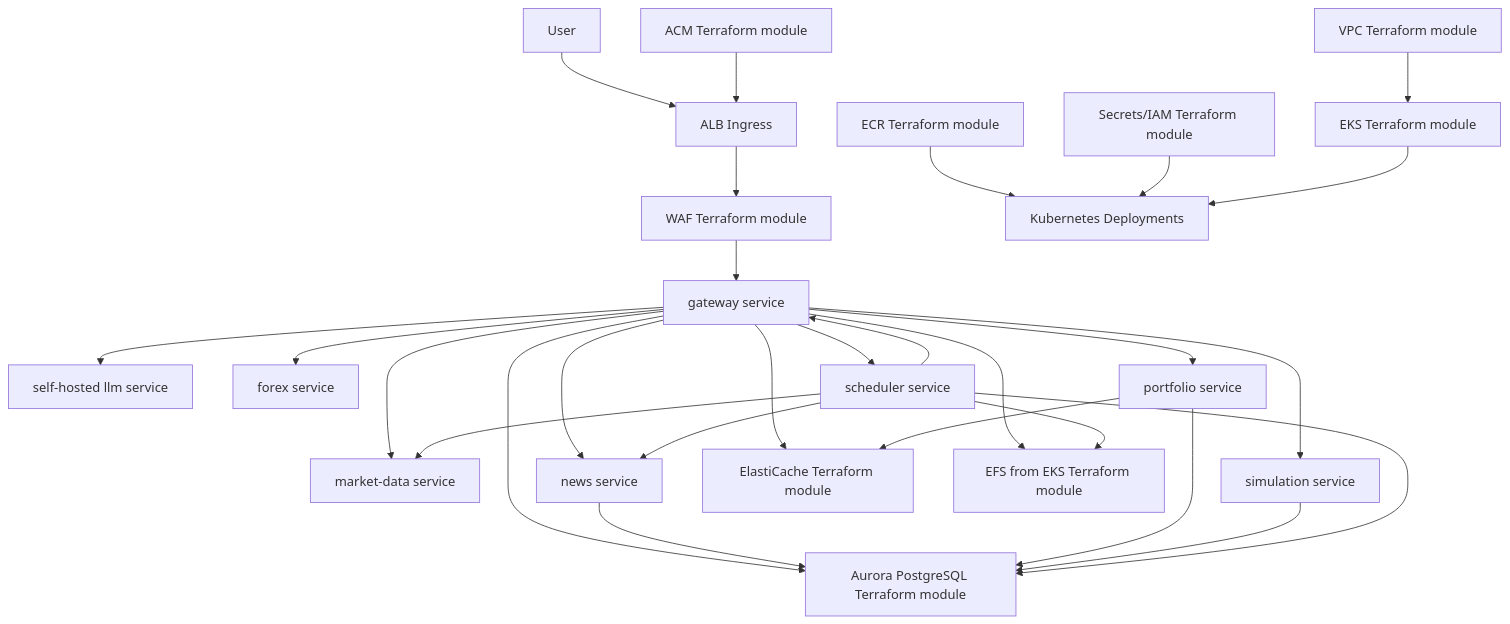
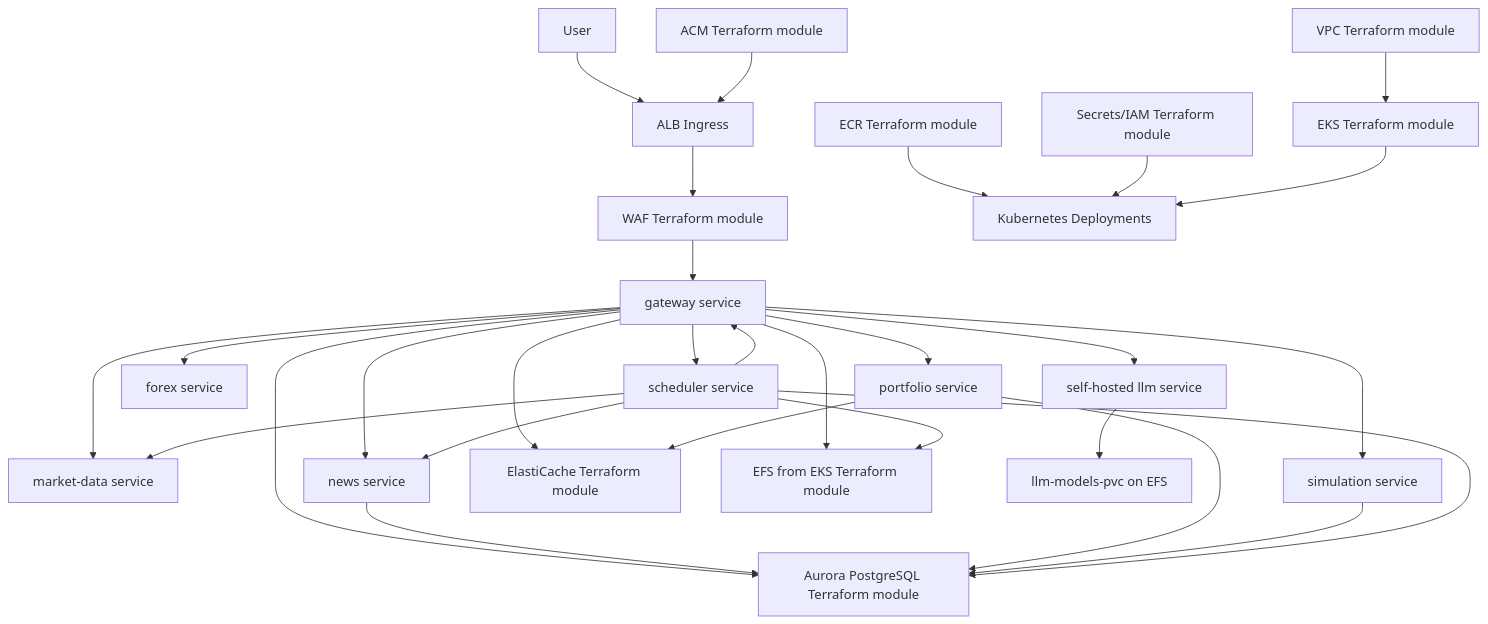
The diagram in README.md (Investments-Assistant/investments-assistant-k8s), drawn with Mermaid before and after one commit. The commit also changed other lines of this file and 11 other files, not shown here.

Commit message:
feat: Enhance LLM deployment with dedicated node group and PVC management

````diff
--- a/README.md
+++ b/README.md
@@ -14,36 +14,37 @@
 ```mermaid
 flowchart TB
     User[User] --> ALB[ALB Ingress]
     ACM[ACM Terraform module] --> ALB
     ALB --> WAF[WAF Terraform module]
     WAF --> Gateway[gateway service]
 
     Gateway --> LLM[self-hosted llm service]
     Gateway --> MarketData[market-data service]
     Gateway --> Forex[forex service]
     Gateway --> News[news service]
     Gateway --> Portfolio[portfolio service]
     Gateway --> Simulation[simulation service]
     Gateway --> Scheduler[scheduler service]
 
     Scheduler --> Gateway
     Scheduler --> News
     Scheduler --> MarketData
 
     Gateway --> Redis[ElastiCache Terraform module]
     Portfolio --> Redis
 
     Gateway --> DB[Aurora PostgreSQL Terraform module]
     News --> DB
     Portfolio --> DB
     Simulation --> DB
     Scheduler --> DB
 
     Gateway --> EFS[EFS from EKS Terraform module]
     Scheduler --> EFS
+    LLM --> ModelPVC[llm-models-pvc on EFS]
 
     ECR[ECR Terraform module] --> K8s[Kubernetes Deployments]
     Secrets[Secrets/IAM Terraform module] --> K8s
     VPC[VPC Terraform module] --> EKS[EKS Terraform module]
     EKS --> K8s
 ```
````
